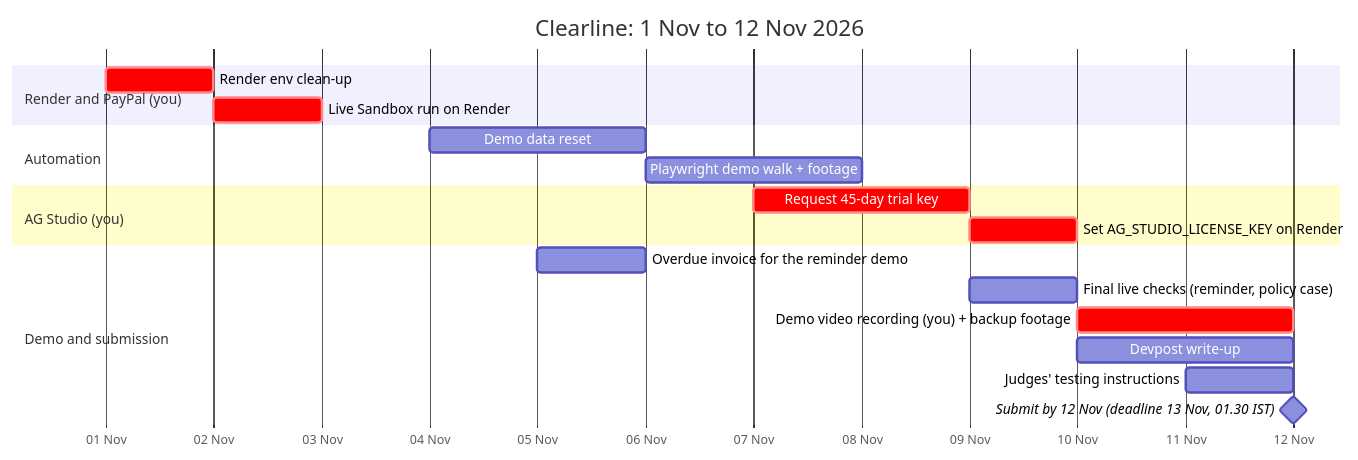
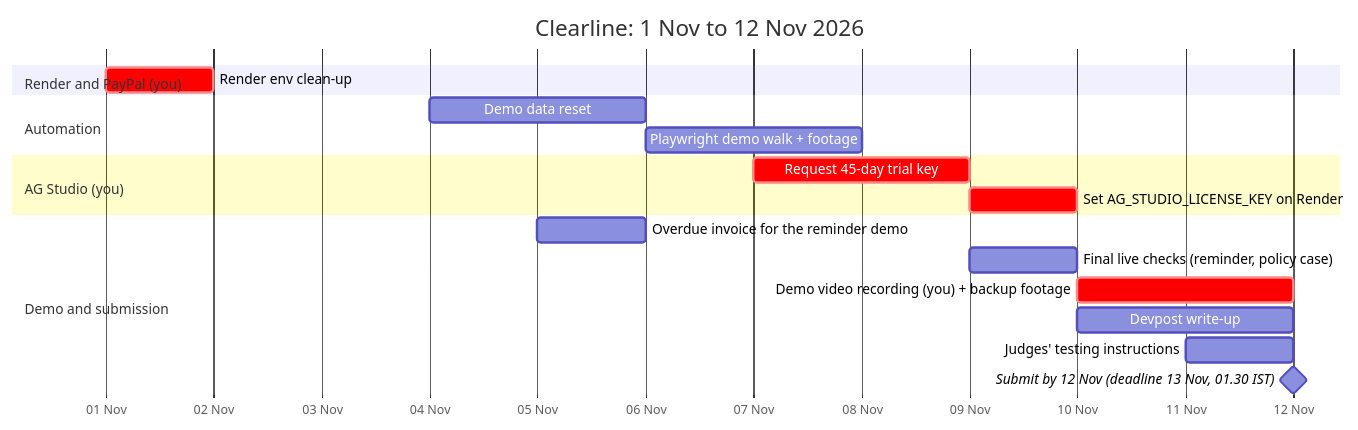
One commit to kk161205/Clearline changed the diagram in docs/STATUS.md. Above: the diagram before and after it, drawn with Mermaid. The commit also changed other lines of this file and 4 other files, not shown here.

Commit message:
Live end-to-end script (sandbox)

````diff
--- a/docs/STATUS.md
+++ b/docs/STATUS.md
@@ -96,22 +104,21 @@
 ```mermaid
 gantt
   title Clearline: 1 Nov to 12 Nov 2026
   dateFormat YYYY-MM-DD
   axisFormat %d %b
   section Render and PayPal (you)
   Render env clean-up                        :crit, r1, 2026-11-01, 1d
-  Live Sandbox run on Render                 :crit, r3, 2026-11-02, 1d
   section Automation
   Demo data reset                            :a3, 2026-11-04, 2d
   Playwright demo walk + footage             :a4, 2026-11-06, 2d
   section AG Studio (you)
   Request 45-day trial key                   :crit, s1, 2026-11-07, 2d
   Set AG_STUDIO_LICENSE_KEY on Render        :crit, s2, after s1, 1d
   section Demo and submission
   Overdue invoice for the reminder demo      :d0, 2026-11-05, 1d
   Final live checks (reminder, policy case)  :d1, 2026-11-09, 1d
   Demo video recording (you) + backup footage :crit, d2, 2026-11-10, 2d
   Devpost write-up                           :d3, 2026-11-10, 2d
   Judges' testing instructions               :d4, 2026-11-11, 1d
   Submit by 12 Nov (deadline 13 Nov, 01.30 IST) :milestone, d5, 2026-11-12, 0d
 ```
````
